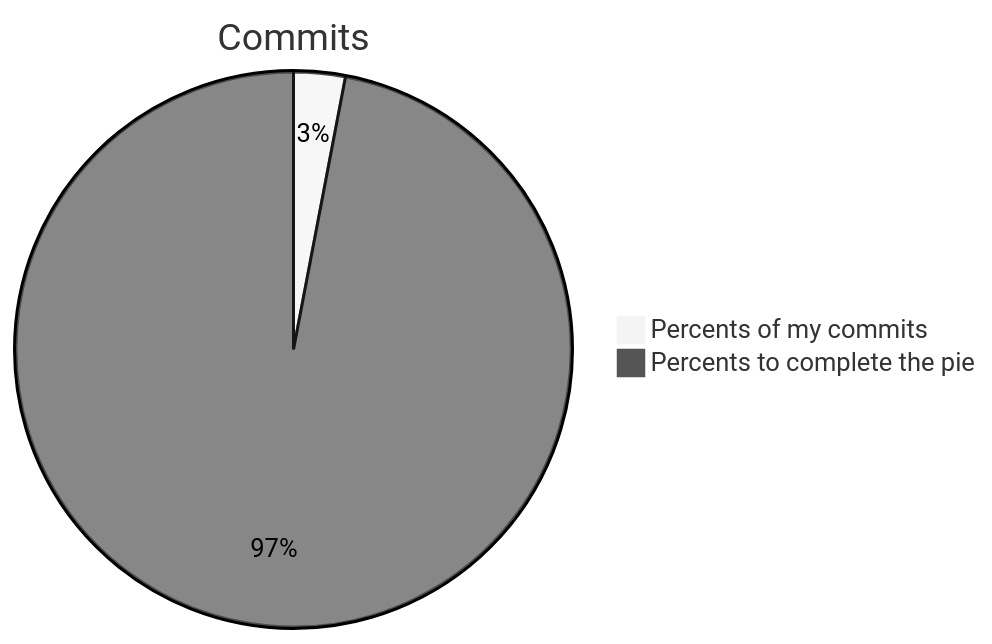
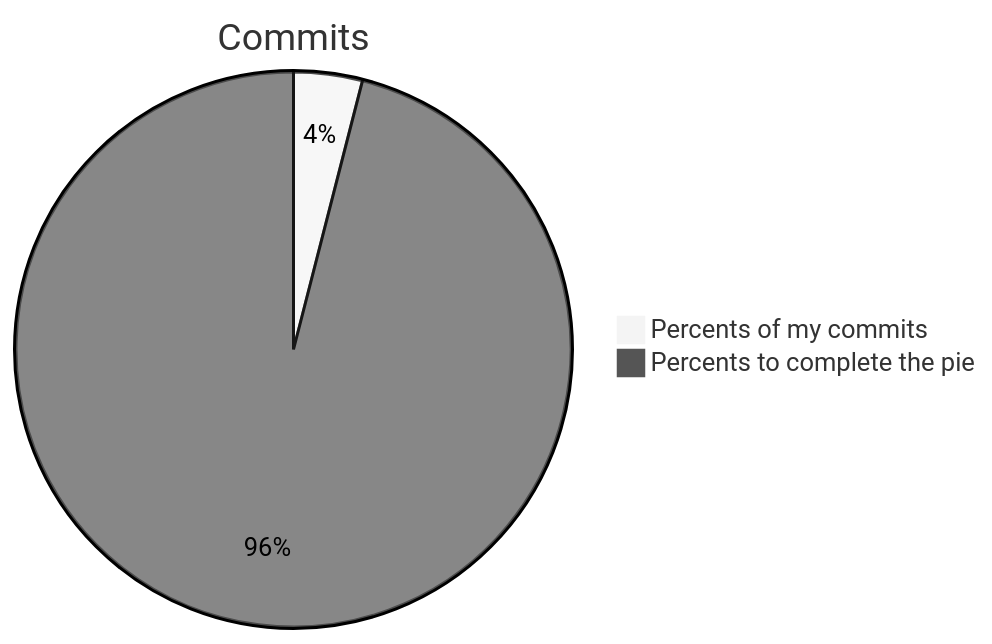
Before and after one commit to Kravatka/circumstence: the diagram in members/bazzzket0810/README.md, drawn with Mermaid (neutral theme). The commit also changed other lines of this file and 3 other files, not shown here.

````diff
--- a/members/bazzzket0810/README.md
+++ b/members/bazzzket0810/README.md
@@ -3,6 +3,6 @@
 ```mermaid
 
 pie title Commits
-    "Percents of my commits" : 3
-    "Percents to complete the pie" : 97
+    "Percents of my commits" : 4
+    "Percents to complete the pie" : 96
 ```
````
